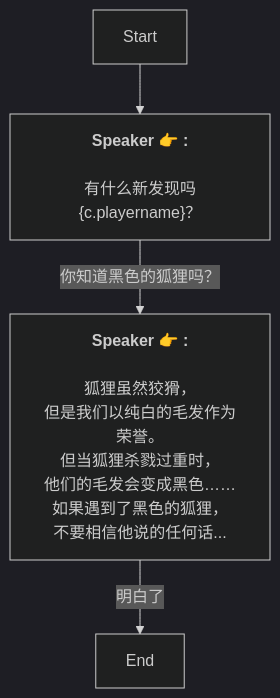
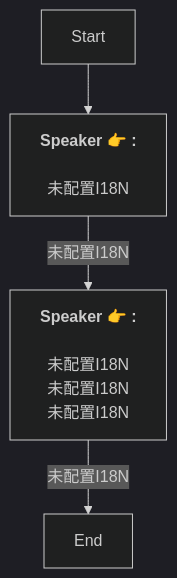
The diagram in Zh/QuestTalkObjectiveNode_1761996296966827.md (SoftHu/tos_avg), drawn with Mermaid (dark theme) before and after one commit. The commit also changed 730 other files, not shown here.

````diff
--- a/Zh/QuestTalkObjectiveNode_1761996296966827.md
+++ b/Zh/QuestTalkObjectiveNode_1761996296966827.md
@@ -1,12 +1,9 @@
 ```mermaid
 graph
 Start -->1761996905918126[<b>Speaker 👉 :</b>
-\n有什么新发现吗&lbrace;c.playername&rbrace;？]
-1761996905918126 -->|你知道黑色的狐狸吗？|1761996951600820[<b>Speaker 👉 :</b>
-\n狐狸虽然狡猾，
-但是我们以纯白的毛发作为荣誉。\n但当狐狸杀戮过重时，
-他们的毛发会变成黑色……\n如果遇到了黑色的狐狸，
-不要相信他说的任何话...]
-1761996951600820 -->|明白了|1761997069046461[End]
+\n未配置I18N]
+1761996905918126 -->|未配置I18N|1761996951600820[<b>Speaker 👉 :</b>
+\n未配置I18N\n未配置I18N\n未配置I18N]
+1761996951600820 -->|未配置I18N|1761997069046461[End]
 
 ```
````
